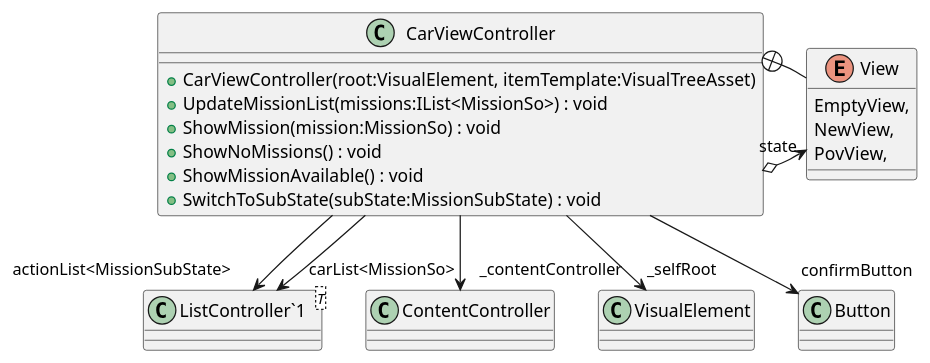
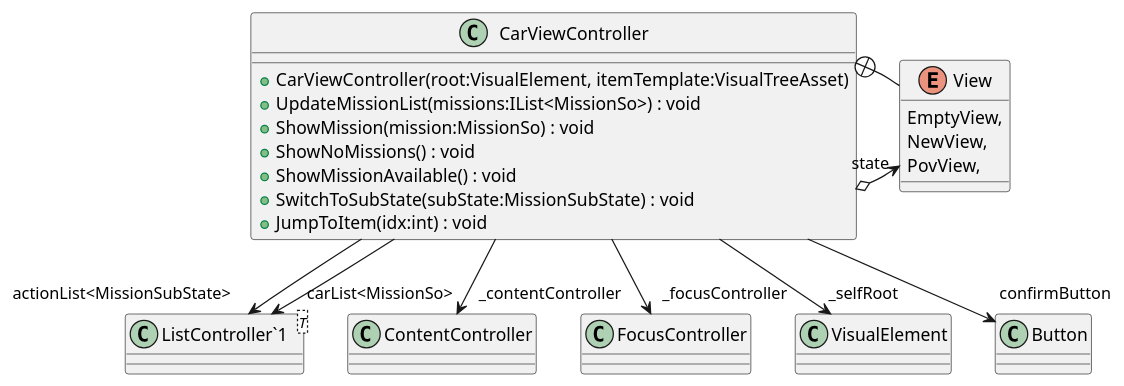
One commit to Ubus99/AVRO-Simulation changed the diagram in Assets/Documentation/UML/Simulation/UI/CarView/CarViewController.puml. Above: the diagram before and after it, drawn with PlantUML. The commit also changed 21 other files, not shown here.

```diff
--- a/Assets/Documentation/UML/Simulation/UI/CarView/CarViewController.puml
+++ b/Assets/Documentation/UML/Simulation/UI/CarView/CarViewController.puml
@@ -1,24 +1,26 @@
 @startuml
 class CarViewController {
     + CarViewController(root:VisualElement, itemTemplate:VisualTreeAsset)
     + UpdateMissionList(missions:IList<MissionSo>) : void
     + ShowMission(mission:MissionSo) : void
     + ShowNoMissions() : void
     + ShowMissionAvailable() : void
     + SwitchToSubState(subState:MissionSubState) : void
+    + JumpToItem(idx:int) : void
 }
 enum View {
     EmptyView,
     NewView,
     PovView,
 }
 class "ListController`1"<T> {
 }
 CarViewController --> "_contentController" ContentController
+CarViewController --> "_focusController" FocusController
 CarViewController --> "_selfRoot" VisualElement
 CarViewController o-> "state" View
 CarViewController --> "confirmButton" Button
 CarViewController --> "actionList<MissionSubState>" "ListController`1"
 CarViewController --> "carList<MissionSo>" "ListController`1"
 CarViewController +-- View
 @enduml
```
